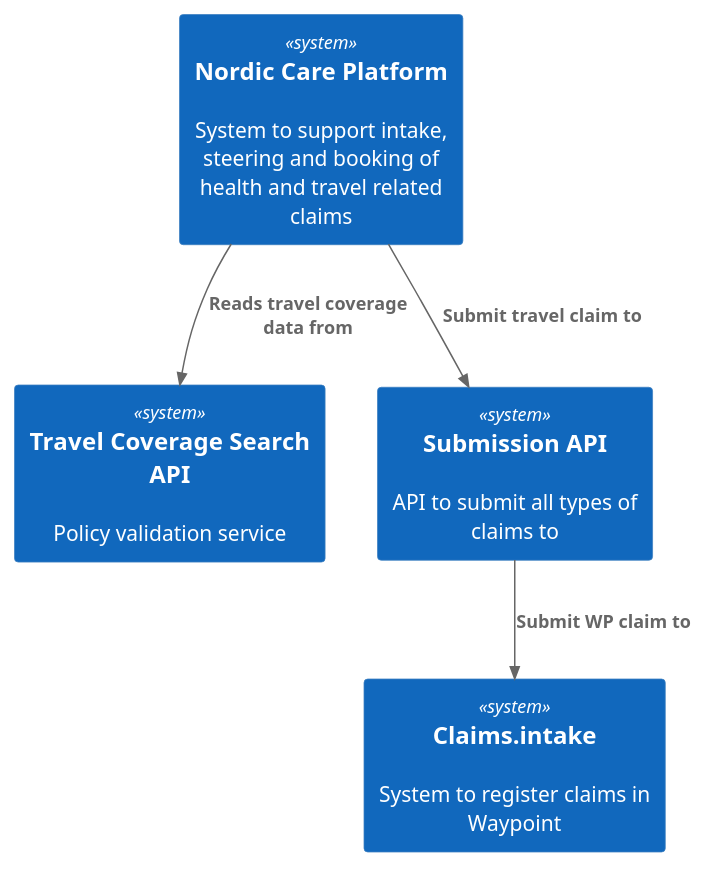
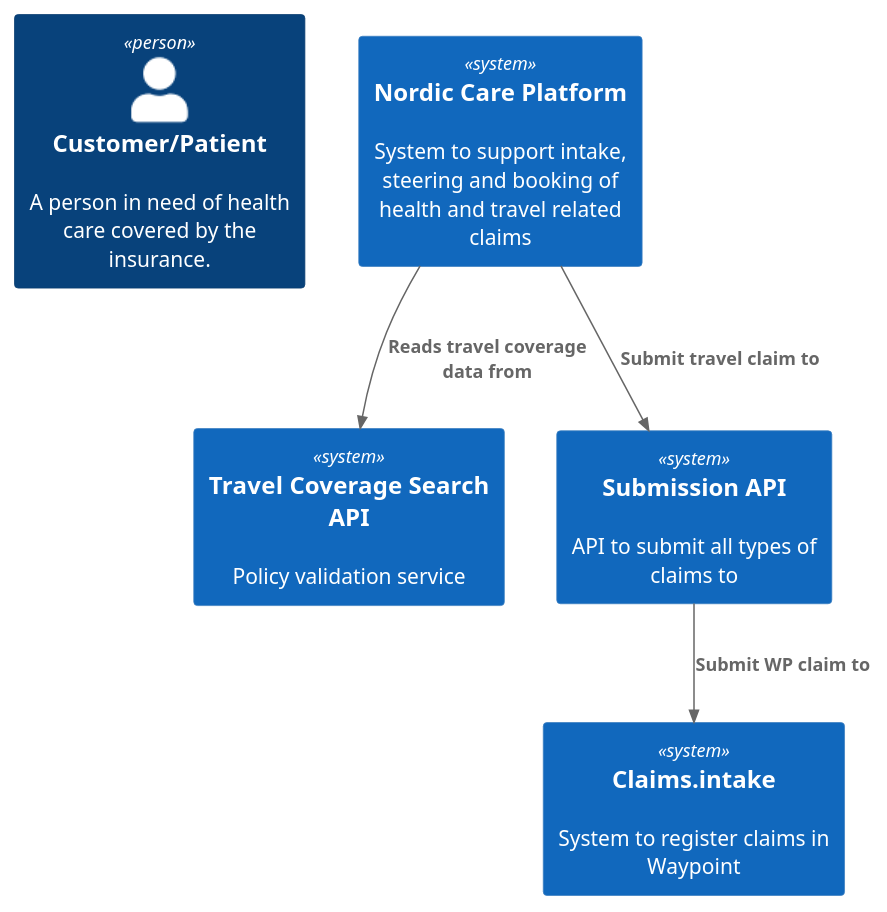
Before and after one commit to dereri/plantumldemo: the diagram in C4-context.puml, drawn with PlantUML.

```diff
--- a/C4-context.puml
+++ b/C4-context.puml
@@ -1,10 +1,11 @@
 @startuml C4-context
 !include https://raw.githubusercontent.com/plantuml-stdlib/C4-PlantUML/master/C4_Context.puml
+Person(customer, "Customer/Patient", "A person in need of health care covered by the insurance.")
 System(RSA_TRA, "Travel Coverage Search API", "Policy validation service")
 System(NCP,"Nordic Care Platform", "System to support intake, steering and booking of health and travel related claims")
 System(SubAPI, "Submission API", "API to submit all types of claims to")
 System(Claims, "Claims.intake", "System to register claims in Waypoint")
 Rel(NCP, RSA_TRA, "Reads travel coverage data from")
 Rel(NCP, SubAPI, "Submit travel claim to")
 Rel(SubAPI, Claims, "Submit WP claim to")
 @enduml
```
